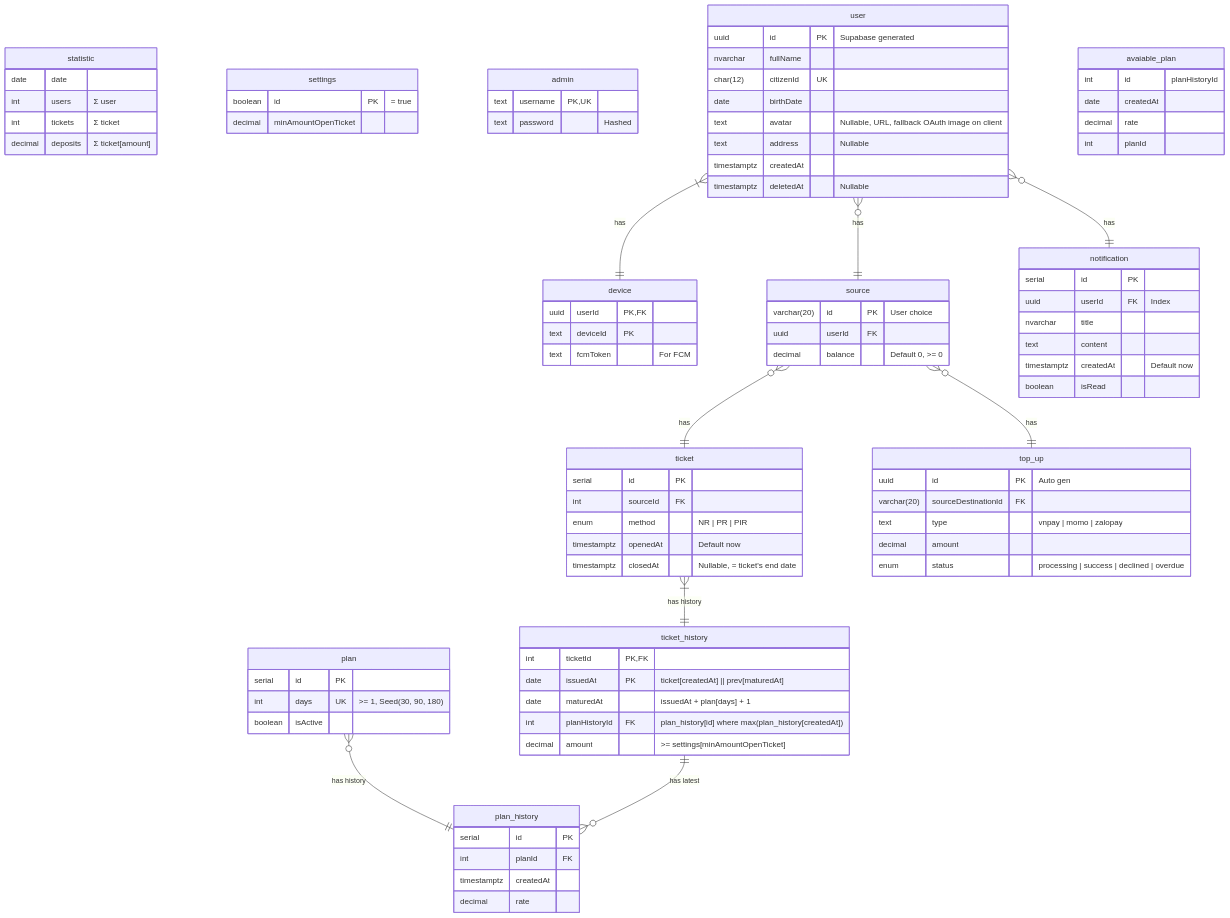
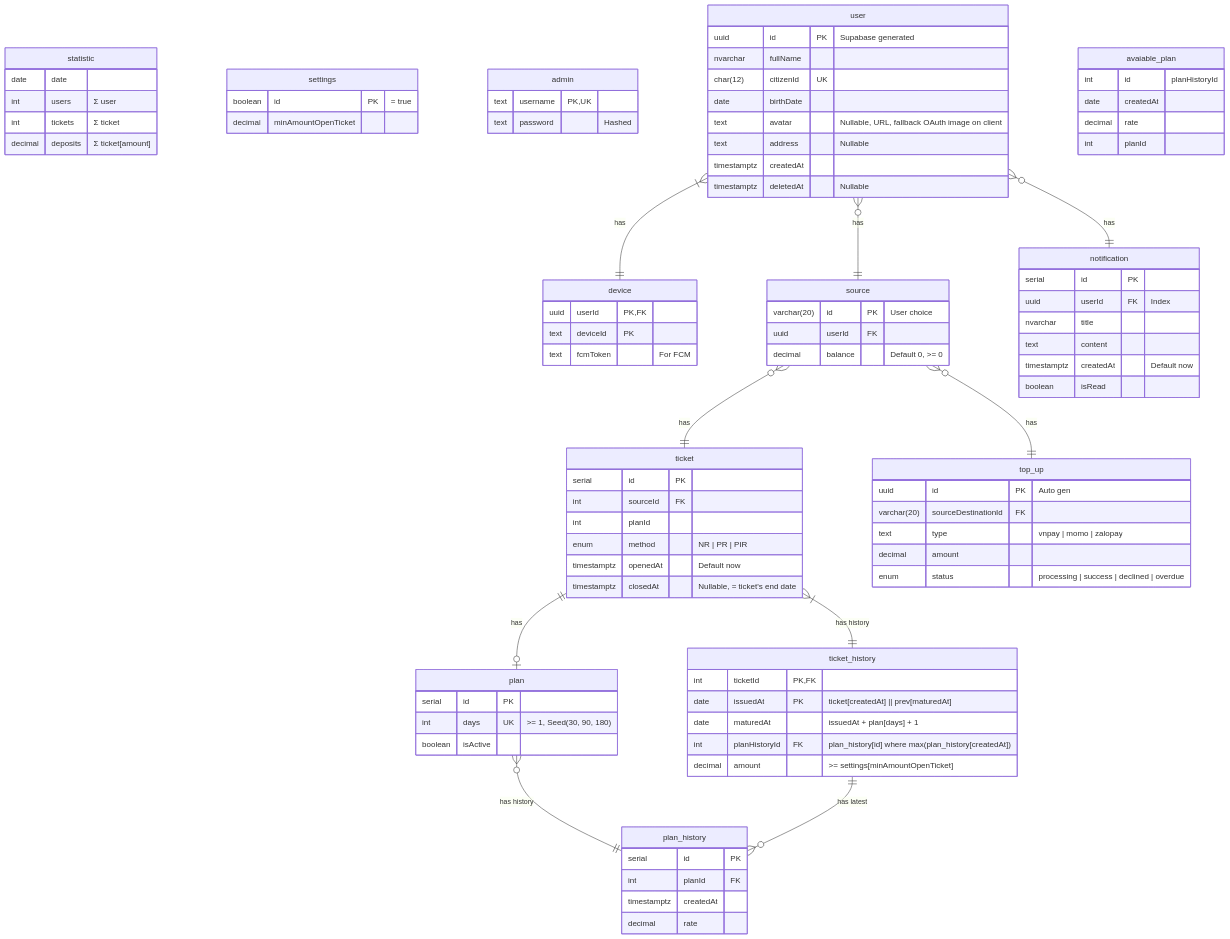
The diagram in docs/diagrams/database/index.md (coinhub-uit/coinhub-uit.github.io), drawn with Mermaid before and after one commit. The commit also changed 1 other file, not shown here.

Commit message:
feat(ticket): add col plan

````diff
--- a/docs/diagrams/database/index.md
+++ b/docs/diagrams/database/index.md
@@ -62,6 +62,7 @@
   ticket {
     serial id PK
     int sourceId FK
+    int planId
     enum method "NR | PR | PIR"
     timestamptz openedAt "Default now"
     timestamptz closedAt "Nullable, = ticket's end date"
@@ -105,6 +106,7 @@
   source }o--|| ticket : "has"
   source }o--|| top_up : "has"
   ticket }|--|| ticket_history : "has history"
+  ticket ||--|o plan: "has"
   plan }o--|| plan_history : "has history"
   ticket_history ||--}o plan_history : "has latest"
 ```
````
